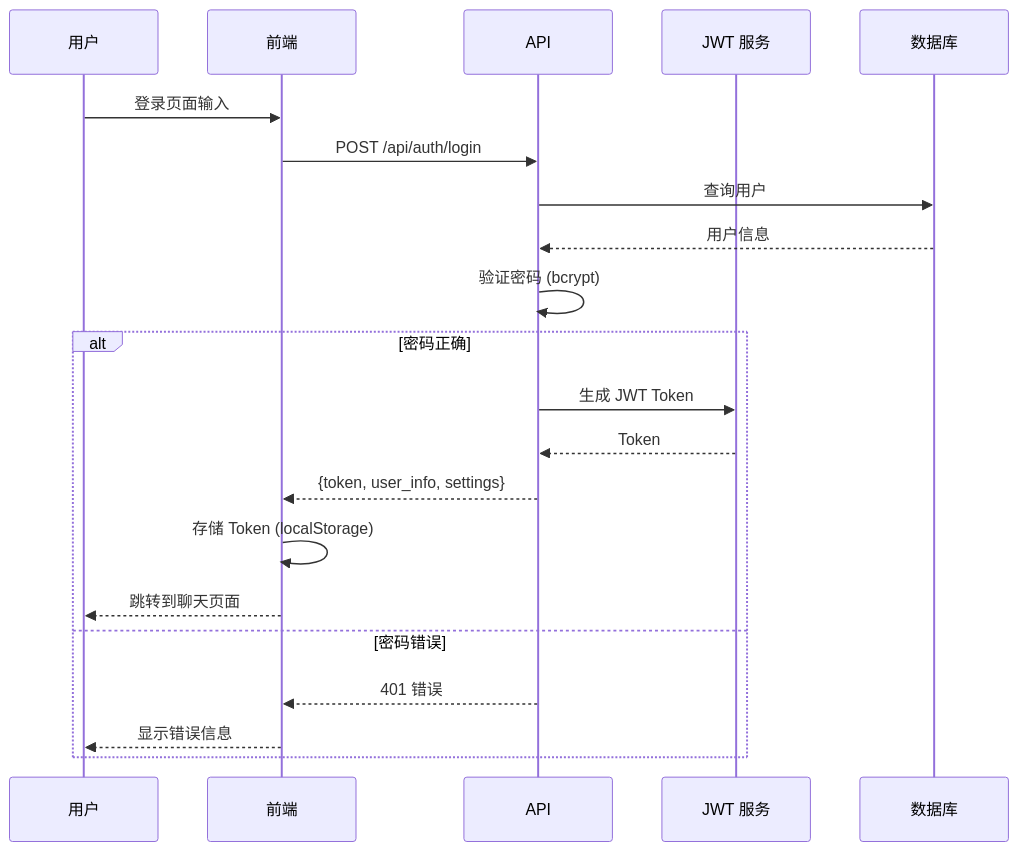
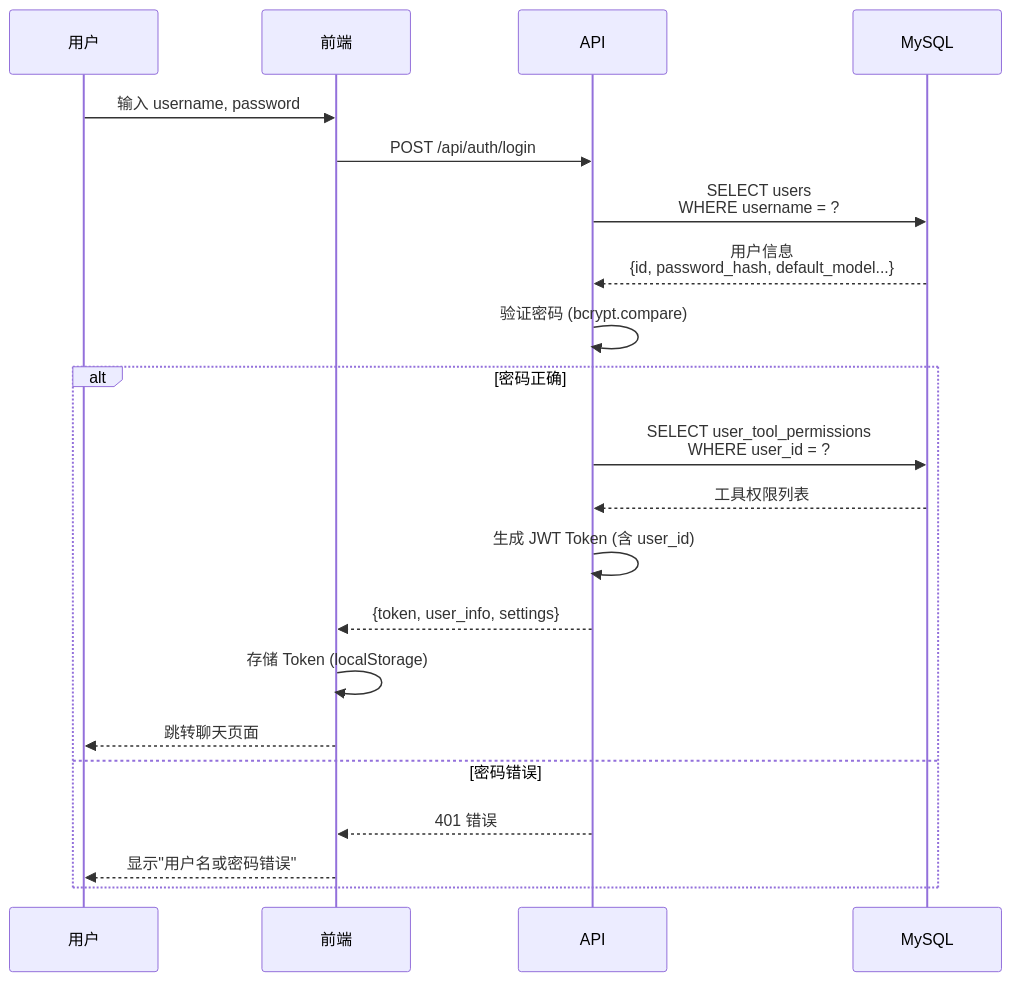
One commit to xiaocaipi/mm-doc changed the eighth of 27 diagrams in agent/agent_project_design_1.md. Above: the diagram before and after it, drawn with Mermaid. The commit also changed other lines of this file and 1 other file, not shown here.

````diff
--- a/agent/agent_project_design_1.md
+++ b/agent/agent_project_design_1.md
@@ -444,26 +473,29 @@
 ```mermaid
 sequenceDiagram
     participant User as 用户
     participant Frontend as 前端
     participant API as API
-    participant JWT as JWT 服务
-    participant DB as 数据库
-
-    User->>Frontend: 登录页面输入
+    participant DB as MySQL
+    
+    User->>Frontend: 输入 username, password
     Frontend->>API: POST /api/auth/login
-    API->>DB: 查询用户
-    DB-->>API: 用户信息
+    API->>DB: SELECT users<br/>WHERE username = ?
+    DB-->>API: 用户信息<br/>{id, password_hash, default_model...}
     
-    API->>API: 验证密码 (bcrypt)
+    API->>API: 验证密码 (bcrypt.compare)
     
     alt 密码正确
-        API->>JWT: 生成 JWT Token
-        JWT-->>API: Token
+        API->>DB: SELECT user_tool_permissions<br/>WHERE user_id = ?
+        DB-->>API: 工具权限列表
+        
+        API->>API: 生成 JWT Token (含 user_id)
         API-->>Frontend: {token, user_info, settings}
+        
         Frontend->>Frontend: 存储 Token (localStorage)
-        Frontend-->>User: 跳转到聊天页面
+        Frontend-->>User: 跳转聊天页面
+        
     else 密码错误
         API-->>Frontend: 401 错误
-        Frontend-->>User: 显示错误信息
+        Frontend-->>User: 显示"用户名或密码错误"
     end
 ```
````
